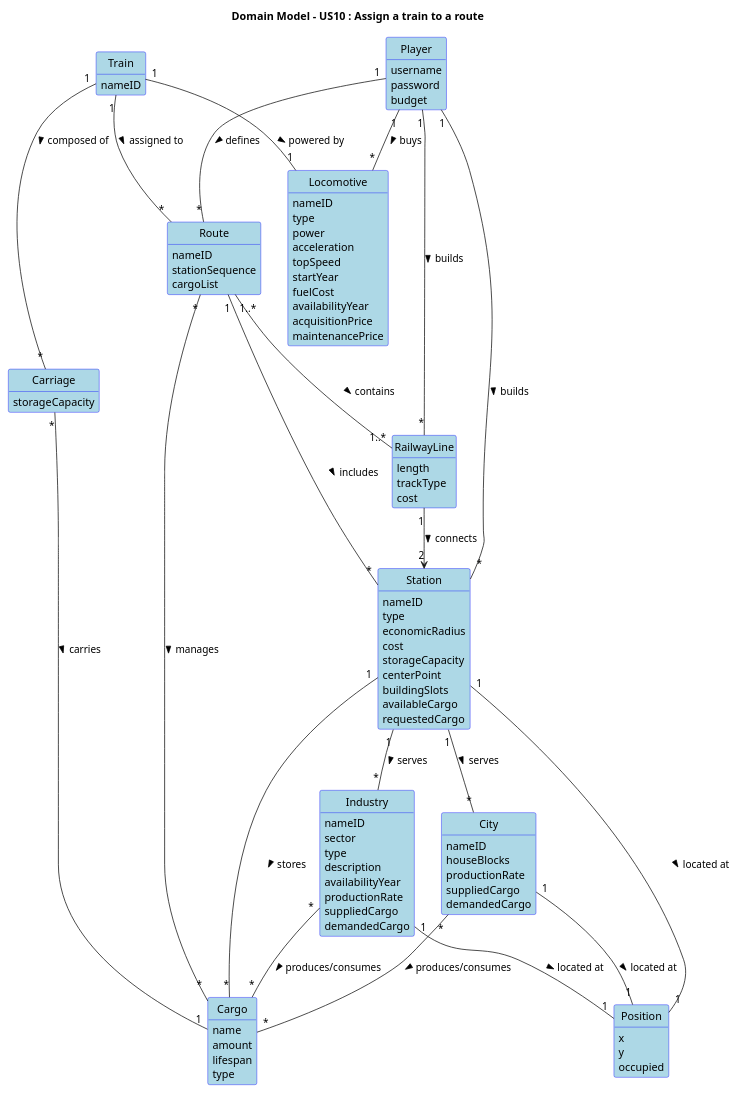
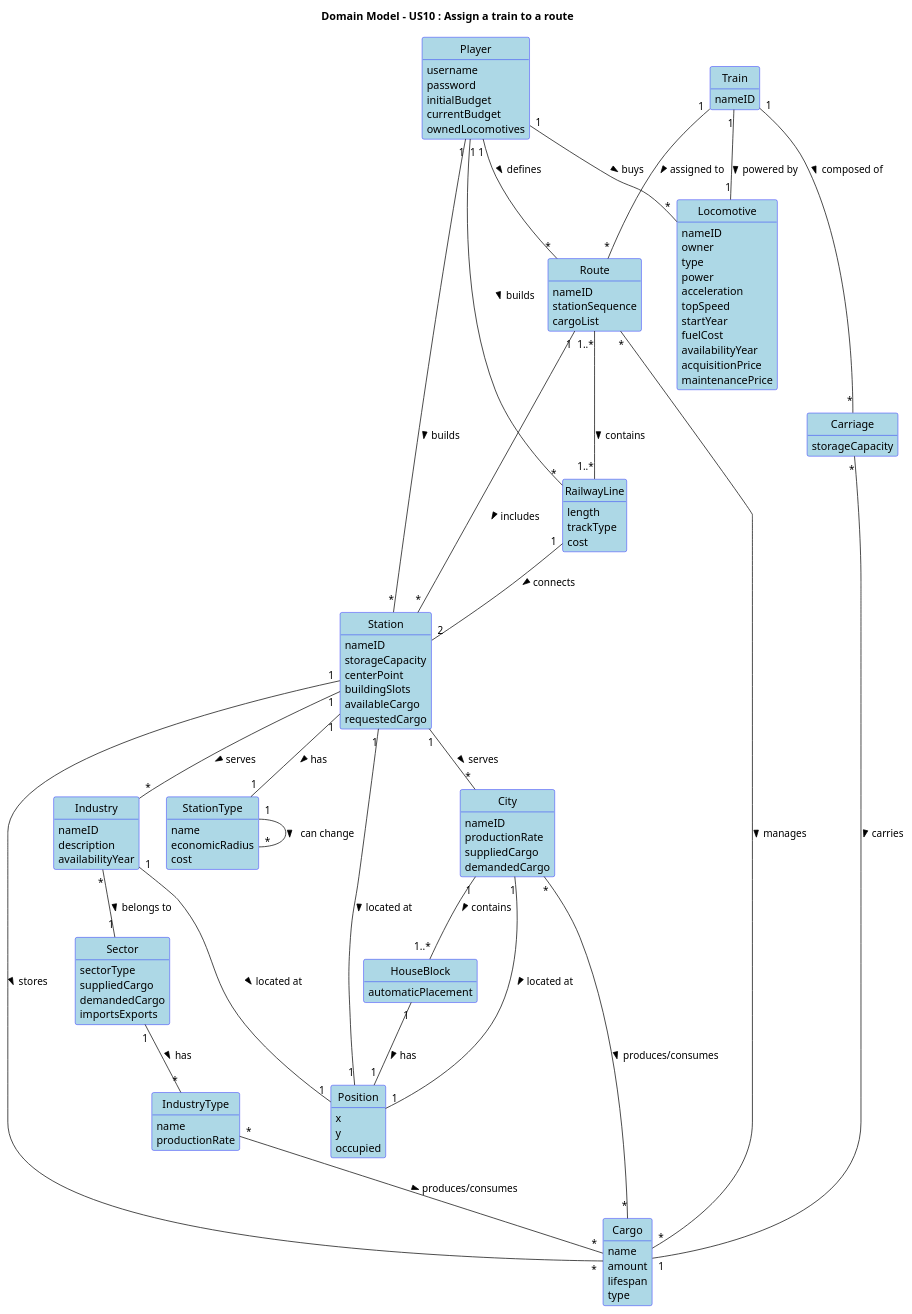
One commit to HenriqueSilva18/Railway-Network-Simulator changed the diagram in docs/system-documentation/Sprint 2/US10/02.analysis/puml/US010-DM.puml. Above: the diagram before and after it, drawn with PlantUML. The commit also changed 5 other files, not shown here.

```diff
--- a/docs/system-documentation/Sprint 2/US10/02.analysis/puml/US010-DM.puml
+++ b/docs/system-documentation/Sprint 2/US10/02.analysis/puml/US010-DM.puml
@@ -1,129 +1,156 @@
 @startuml
 skinparam packageStyle rectangle
 skinparam shadowing false
 skinparam classAttributeIconSize 0
 skinparam class {
   BackgroundColor LightBlue
   BorderColor Blue
 }
 skinparam enum {
   BackgroundColor LightBlue
   BorderColor Blue
 }
 
 hide circle
 hide methods
 
 title Domain Model - US10 : Assign a train to a route
 
 class Player {
   username
   password
-  budget
+  initialBudget
+  currentBudget
+  ownedLocomotives
 }
 
 class Position {
   x
   y
   occupied
 }
 
 class City {
   nameID
-  houseBlocks
   productionRate
   suppliedCargo
   demandedCargo
 }
 
+class HouseBlock {
+  automaticPlacement
+}
+
+
 class Industry {
   nameID
-  sector
-  type
   description
   availabilityYear
+}
+
+class IndustryType {
+  name
   productionRate
+}
+
+class Sector {
+  sectorType
   suppliedCargo
   demandedCargo
+  importsExports
 }
 
 class Station {
   nameID
-  type
-  economicRadius
-  cost
   storageCapacity
   centerPoint
   buildingSlots
   availableCargo
   requestedCargo
+}
+
+class StationType {
+  name
+  economicRadius
+  cost
 }
 
 class RailwayLine {
   length
   trackType
   cost
 }
 
 class Locomotive {
   nameID
+  owner
   type
   power
   acceleration
   topSpeed
   startYear
   fuelCost
   availabilityYear
   acquisitionPrice
   maintenancePrice
 }
-
 class Route {
   nameID
   stationSequence
   cargoList
 }
 
 class Carriage {
   storageCapacity
 }
 
 class Cargo {
   name
   amount
   lifespan
   type
 }
 
 class Train {
   nameID
 }
 
 Player "1" -- "*" Station : builds >
 Player "1" -- "*" RailwayLine : builds >
 Player "1" -- "*" Locomotive : buys >
 Player "1" -- "*" Route: defines >
 
 Route "1" -- "*" Station : includes >
 Route "*" -- "*" Cargo : manages >
 
 Train "1" -- "1" Locomotive : powered by >
 Train "1" -- "*" Route : assigned to >
 Train "1" -- "*" Carriage : composed of >
 
-RailwayLine "1" --> "2" Station : connects >
+RailwayLine "1" -- "2" Station : connects >
 
 Station "1" -- "*" Cargo : stores >
 Station "1" -- "*" City : serves >
 Station "1" -- "*" Industry : serves >
 
 Carriage "*" -- "1" Cargo : carries >
 Route "1..*"-- "1..*" RailwayLine: contains >
 
-Industry "*" -- "*" Cargo : produces/consumes >
 City "*" -- "*" Cargo : produces/consumes >
 
 City "1" -- "1" Position : located at >
 Industry "1" -- "1" Position : located at >
 Station "1" -- "1" Position : located at >
+
+City "1" -- "1..*" HouseBlock : contains >
+HouseBlock "1" -- "1" Position : has >
+
+Sector "1" -- "*" IndustryType : has >
+IndustryType "*" -- "*" Cargo : produces/consumes >
+
+Station "1" -- "1" StationType : has >
+Industry "*" -- "1" Sector : belongs to >
+
+StationType "1" -- "*" StationType : can change >
+
 @enduml
```
